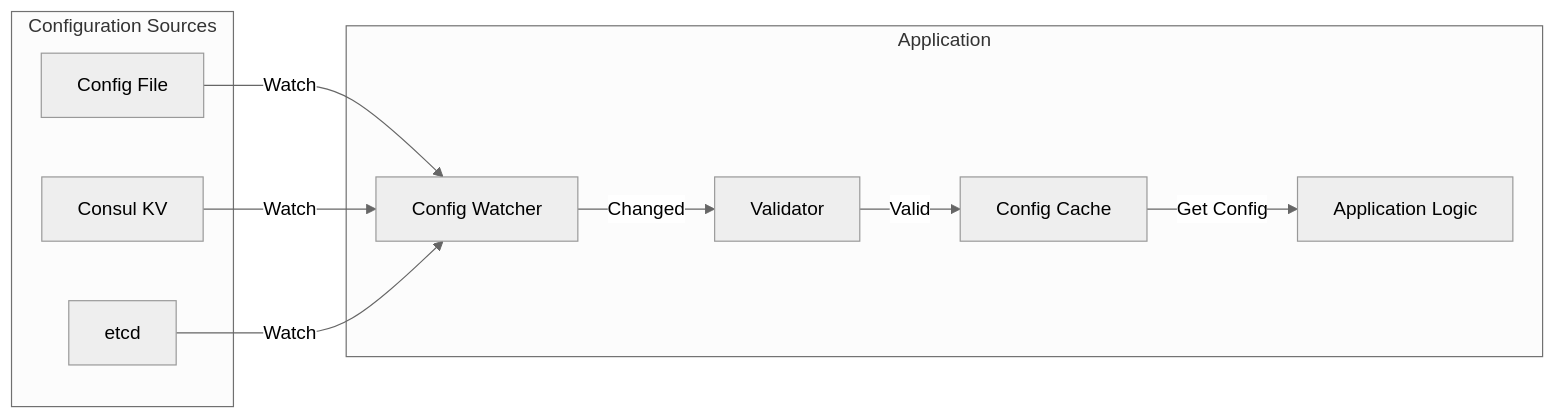
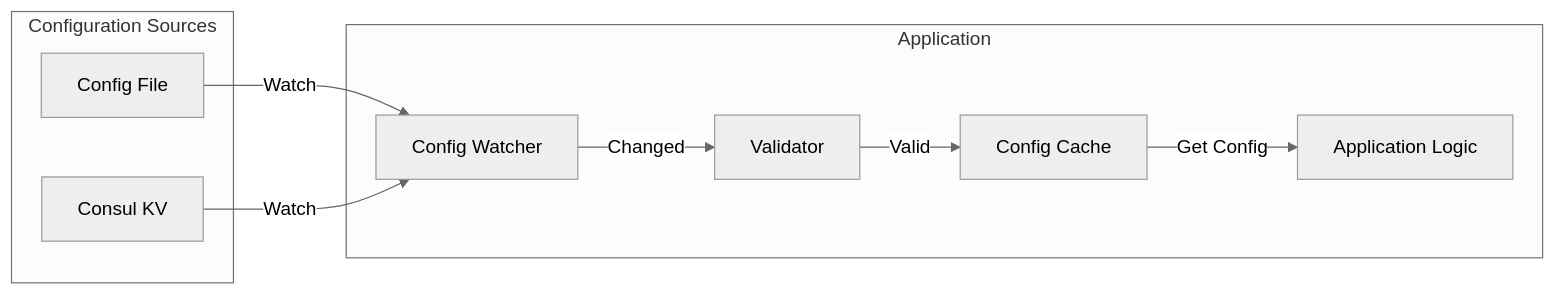
The diagram in posts/2025-12-11-configuration-hot-reload/README.md (OneUptime/blog), drawn with Mermaid (neutral theme) before and after one commit. The commit also changed other lines of this file and 2 other files, not shown here.

````diff
--- a/posts/2025-12-11-configuration-hot-reload/README.md
+++ b/posts/2025-12-11-configuration-hot-reload/README.md
@@ -17,23 +17,20 @@
 ```mermaid
 graph LR
     subgraph "Configuration Sources"
         FILE[Config File]
         CONSUL[Consul KV]
-        ETCD[etcd]
     end
 
     subgraph "Application"
         WATCHER[Config Watcher]
         VALIDATOR[Validator]
         CACHE[Config Cache]
         APP[Application Logic]
     end
 
     FILE -->|Watch| WATCHER
     CONSUL -->|Watch| WATCHER
-    ETCD -->|Watch| WATCHER
-
     WATCHER -->|Changed| VALIDATOR
     VALIDATOR -->|Valid| CACHE
     CACHE -->|Get Config| APP
 ```
````
